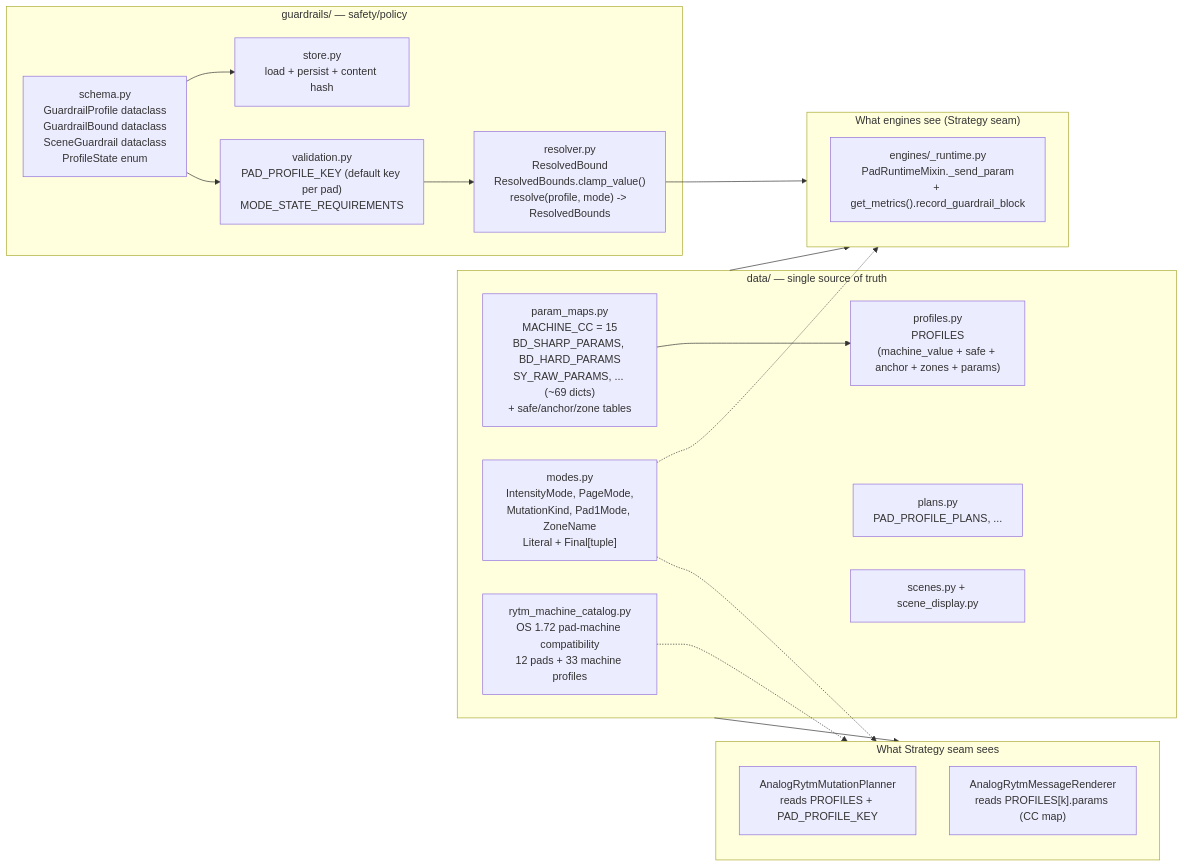
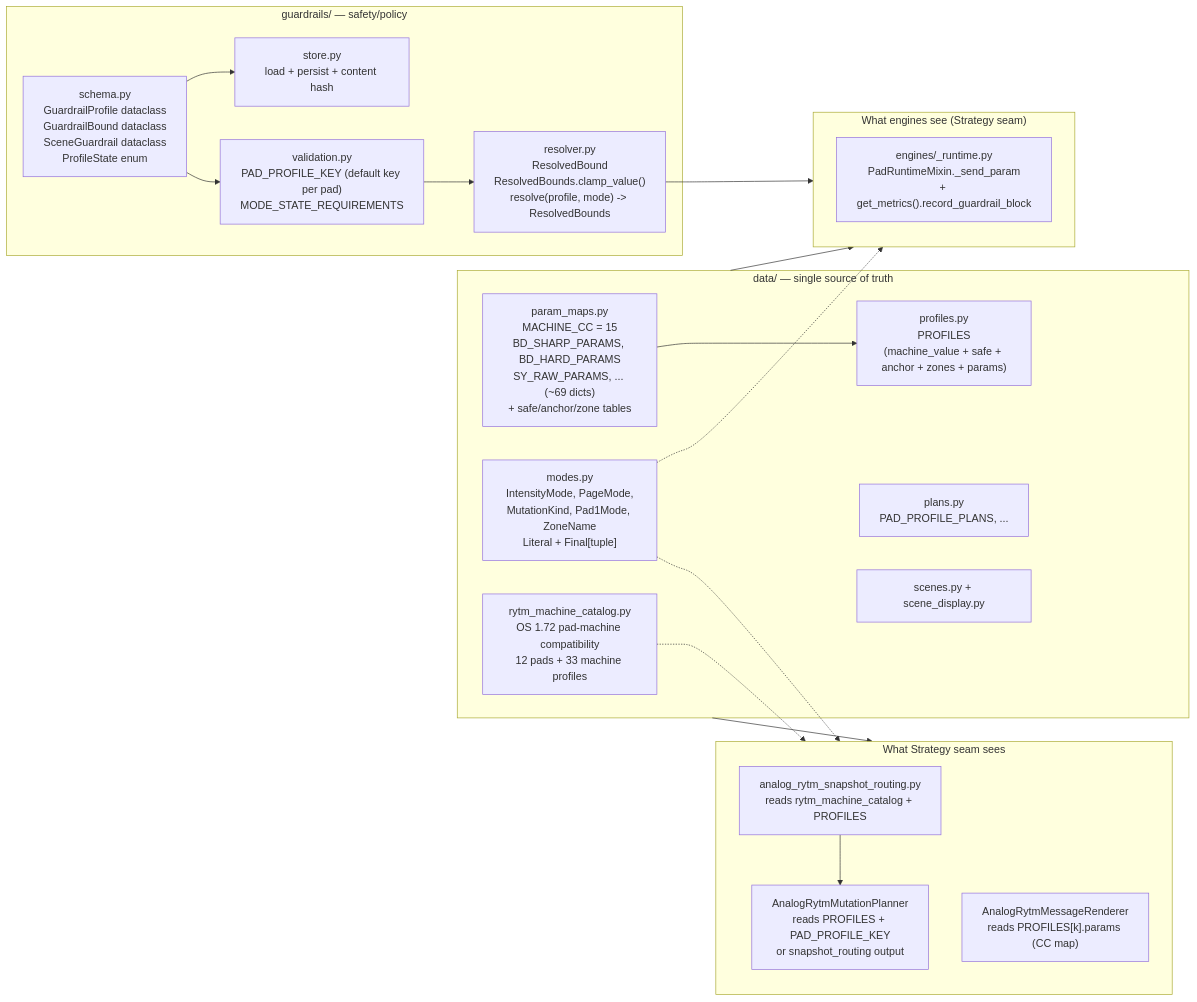
One commit to buzzijose-hub/RytmRandomizer changed the seventh of 26 diagrams in docs/ARCHITECTURE_DIAGRAMS.md. Above: the diagram before and after it, drawn with Mermaid. The commit also changed other lines of this file and 8 other files, not shown here.

Commit message:
feat: route Rytm snapshot machine values

````diff
--- a/docs/ARCHITECTURE_DIAGRAMS.md
+++ b/docs/ARCHITECTURE_DIAGRAMS.md
@@ -528,40 +536,42 @@
 ```mermaid
 flowchart LR
     subgraph DataPkg["data/ — single source of truth"]
         ParamMaps["param_maps.py<br/>MACHINE_CC = 15<br/>BD_SHARP_PARAMS, BD_HARD_PARAMS<br/>SY_RAW_PARAMS, ... (~69 dicts)<br/>+ safe/anchor/zone tables"]
         Profiles["profiles.py<br/>PROFILES<br/>(machine_value + safe + anchor + zones + params)"]
         Plans["plans.py<br/>PAD_PROFILE_PLANS, ..."]
         Scenes["scenes.py + scene_display.py"]
         Modes["modes.py<br/>IntensityMode, PageMode,<br/>MutationKind, Pad1Mode, ZoneName<br/>Literal + Final[tuple]"]
         MachineCatalog["rytm_machine_catalog.py<br/>OS 1.72 pad-machine compatibility<br/>12 pads + 33 machine profiles"]
     end
 
     subgraph GuardrailsPkg["guardrails/ — safety/policy"]
         Schema["schema.py<br/>GuardrailProfile dataclass<br/>GuardrailBound dataclass<br/>SceneGuardrail dataclass<br/>ProfileState enum"]
         Store["store.py<br/>load + persist + content hash"]
         Validation["validation.py<br/>PAD_PROFILE_KEY (default key per pad)<br/>MODE_STATE_REQUIREMENTS"]
         Resolver["resolver.py<br/>ResolvedBound<br/>ResolvedBounds.clamp_value()<br/>resolve(profile, mode) -> ResolvedBounds"]
     end
 
     subgraph EnginesView["What engines see (Strategy seam)"]
         EngRuntime["engines/_runtime.py<br/>PadRuntimeMixin._send_param<br/>+ get_metrics().record_guardrail_block"]
     end
 
     subgraph StratView["What Strategy seam sees"]
-        AS_Planner["AnalogRytmMutationPlanner<br/>reads PROFILES + PAD_PROFILE_KEY"]
+        AS_Planner["AnalogRytmMutationPlanner<br/>reads PROFILES + PAD_PROFILE_KEY<br/>or snapshot_routing output"]
+        AS_Router["analog_rytm_snapshot_routing.py<br/>reads rytm_machine_catalog + PROFILES"]
         AS_Renderer["AnalogRytmMessageRenderer<br/>reads PROFILES[k].params (CC map)"]
     end
 
     DataPkg --> EnginesView
     DataPkg --> StratView
 
     Schema --> Store
     Schema --> Validation
     Validation --> Resolver
     Resolver --> EnginesView
 
     ParamMaps --> Profiles
     MachineCatalog -.-> StratView
+    AS_Router --> AS_Planner
     Modes -.-> EnginesView
     Modes -.-> StratView
 ```
````
